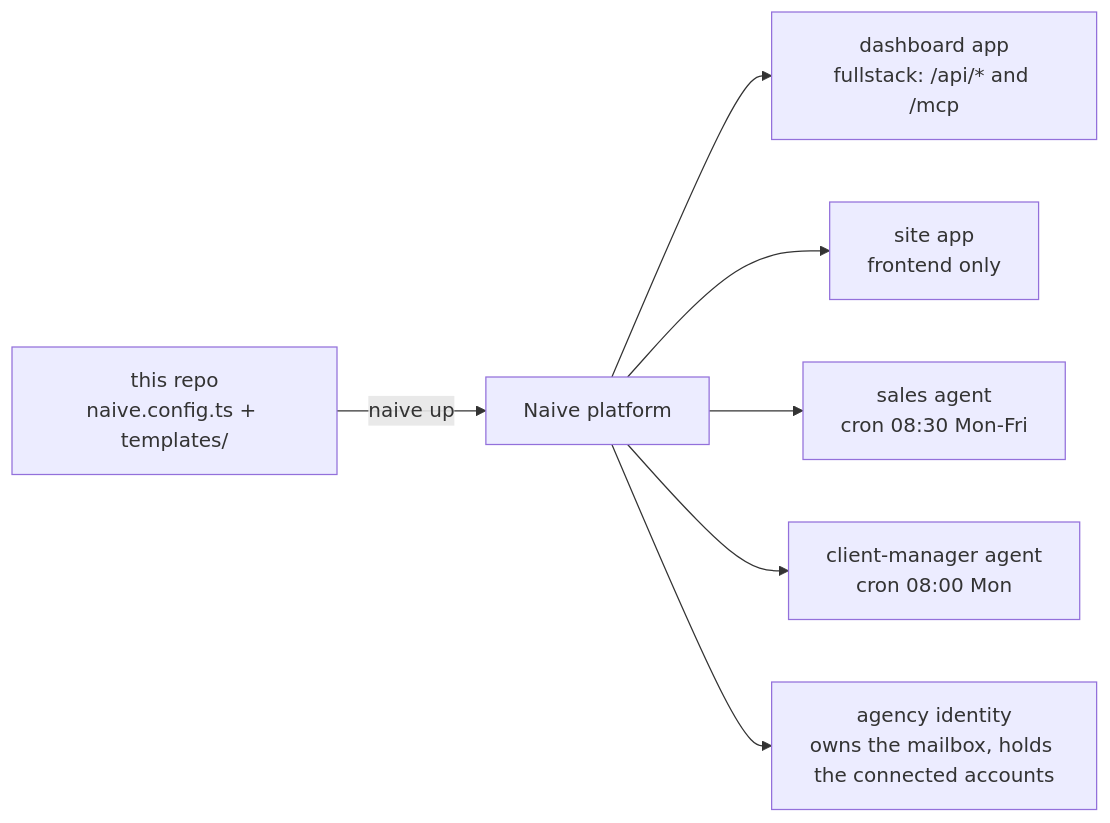
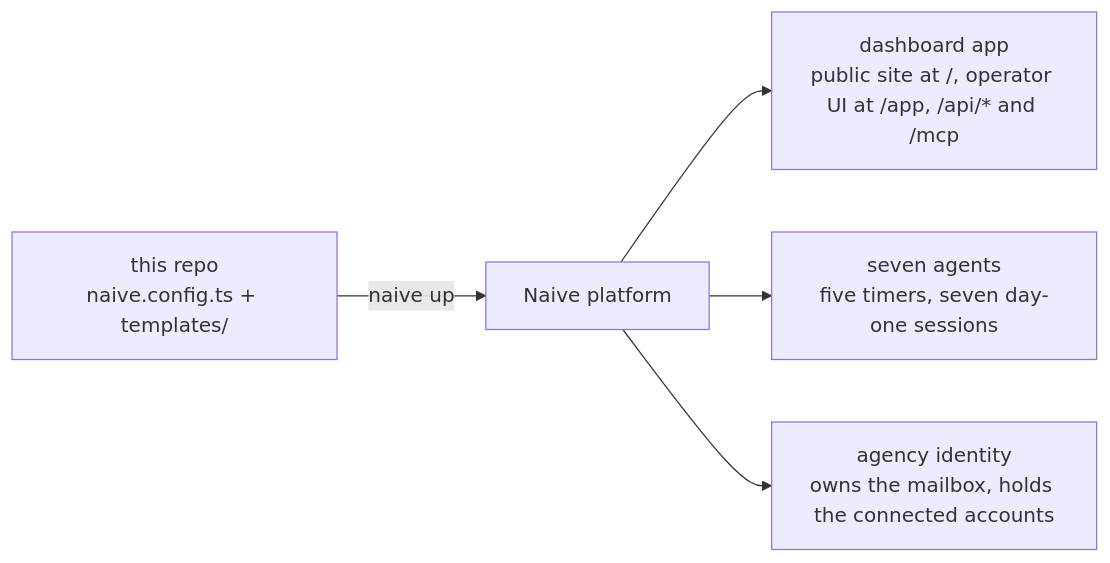
One commit to usenaive/agency-blueprint changed the diagram in README.md. Above: the diagram before and after it, drawn with Mermaid. The commit also changed other lines of this file and 39 other files, not shown here.

First line of the commit message:
WS12 v2: seven-agent agency team, three questions, site as data, dashboard home (#11)

````diff
--- a/README.md
+++ b/README.md
@@ -27,10 +29,8 @@
 ```mermaid
 flowchart LR
   repo["this repo<br/>naive.config.ts + templates/"]
   repo -->|naive up| plat["Naive platform"]
-  plat --> dash["dashboard app<br/>fullstack: /api/* and /mcp"]
-  plat --> site["site app<br/>frontend only"]
-  plat --> sales["sales agent<br/>cron 08:30 Mon-Fri"]
-  plat --> cm["client-manager agent<br/>cron 08:00 Mon"]
+  plat --> dash["dashboard app<br/>public site at /, operator UI at /app, /api/* and /mcp"]
+  plat --> crew["seven agents<br/>five timers, seven day-one sessions"]
   plat --> idn["agency identity<br/>owns the mailbox, holds the connected accounts"]
 ```
````
